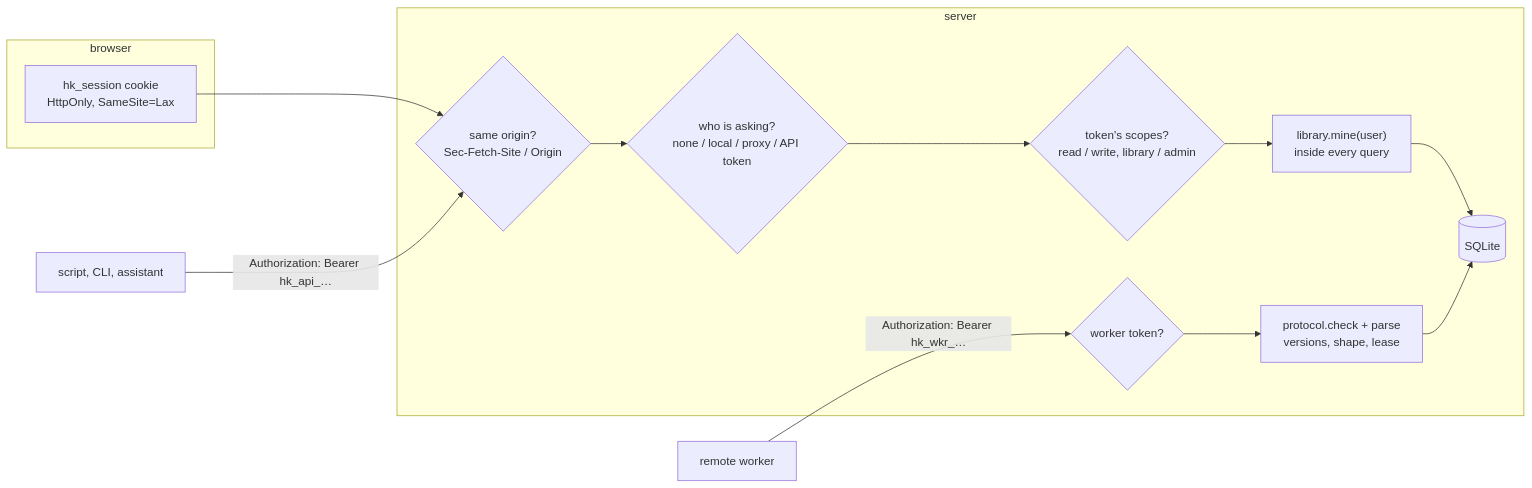
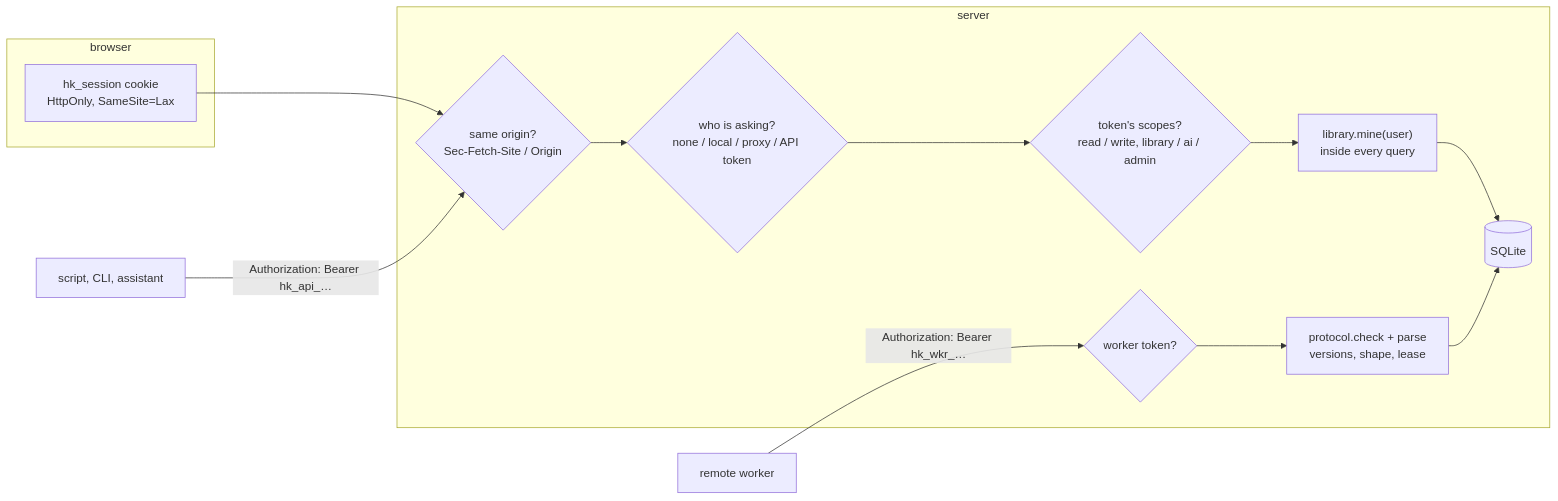
Before and after one commit to spanthetree/hikidashi: the tenth of 10 diagrams in docs/architecture.md, drawn with Mermaid. The commit also changed other lines of this file and 19 other files, not shown here.

First line of the commit message:
Docs: ADR 0019 supersedes 0009; hosted AI in architecture, operation and setup (#116, #125)

````diff
--- a/docs/architecture.md
+++ b/docs/architecture.md
@@ -544,21 +557,21 @@
 ```mermaid
 flowchart LR
   subgraph b1["browser"]
     cookie["hk_session cookie<br/>HttpOnly, SameSite=Lax"]
   end
   script["script, CLI, assistant"]
   subgraph srv["server"]
     csrf{"same origin?<br/>Sec-Fetch-Site / Origin"}
     who{"who is asking?<br/>none / local / proxy / API token"}
-    scopes{"token's scopes?<br/>read / write, library / admin"}
+    scopes{"token's scopes?<br/>read / write, library / ai / admin"}
     scope["library.mine(user)<br/>inside every query"]
     wauth{"worker token?"}
     proto["protocol.check + parse<br/>versions, shape, lease"]
     db[("SQLite")]
   end
   rw["remote worker"]
 
   cookie --> csrf --> who --> scopes --> scope --> db
   script -- "Authorization: Bearer hk_api_…" --> csrf
   rw -- "Authorization: Bearer hk_wkr_…" --> wauth --> proto --> db
 ```
````
